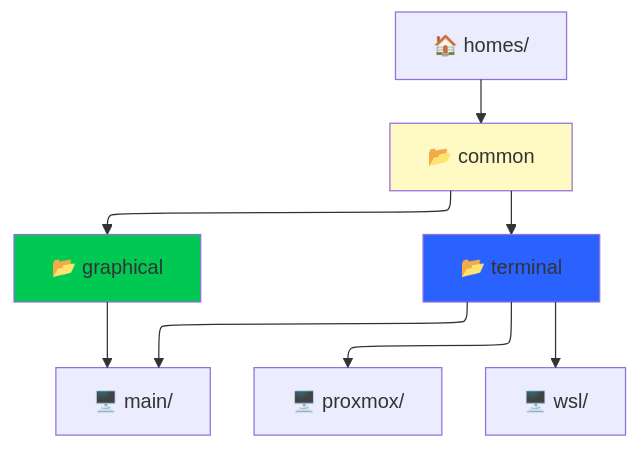
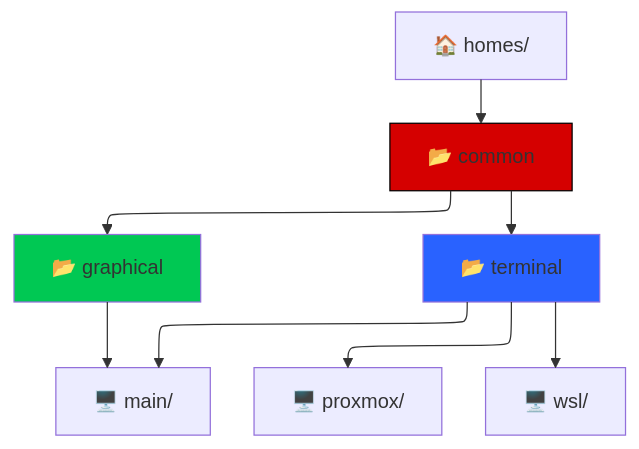
Before and after one commit to git-morin/nixOS: the diagram in notebook/programming/nix/nixos.md, drawn with Mermaid. The commit also changed 2 other files, not shown here.

Commit message:
:broom: cleanup

````diff
--- a/notebook/programming/nix/nixos.md
+++ b/notebook/programming/nix/nixos.md
@@ -23,14 +23,14 @@
 ```mermaid
 ---
 config:
   layout: elk
 ---
 flowchart TB
-A["🏠 homes/"] --> Z["📂 common"]
-Z --> C["📂 graphical"] & D["📂 terminal"]
-C --> G["🖥️ main/"]
-D --> G & I["🖥️ proxmox/"] & H["🖥️ wsl/"]
-style C fill:#00C853
-style D fill:#2962FF
-style Z fill:#FFF9C4
+    A["🏠 homes/"] --> Z["📂 common"]
+    Z --> C["📂 graphical"] & D["📂 terminal"]
+    C --> G["🖥️ main/"]
+    D --> G & I["🖥️ proxmox/"] & H["🖥️ wsl/"]
+    style Z fill:#D50000,stroke:#000000
+    style C fill:#00C853
+    style D fill:#2962FF
 ```
````
